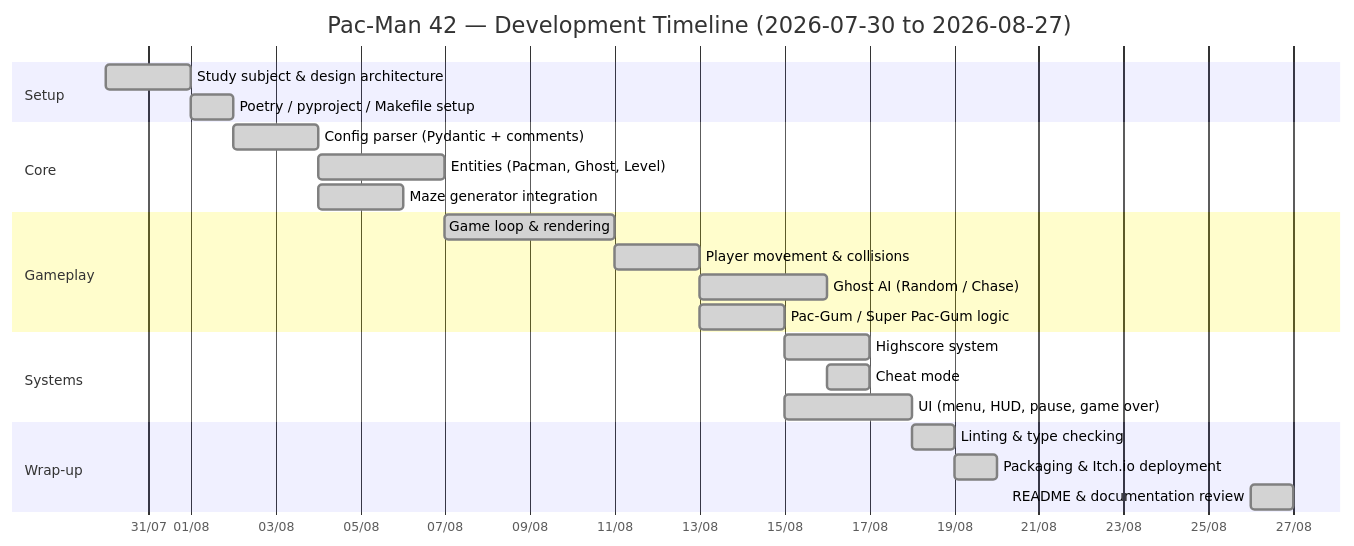
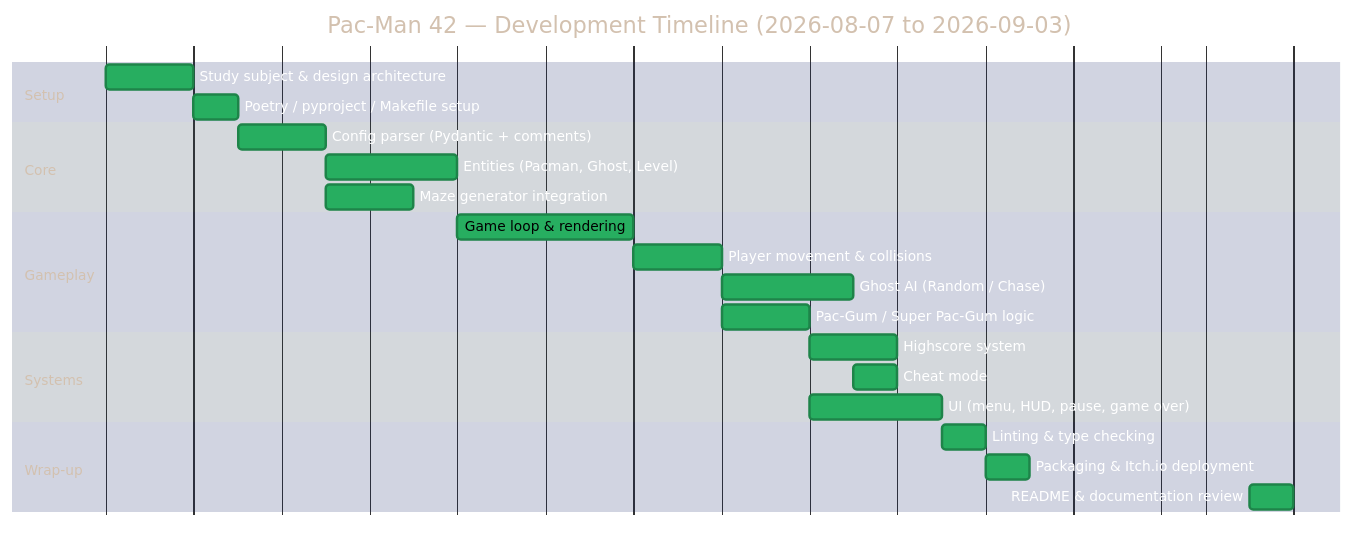
One commit to IbrahemAlawneh/pacman_out changed the diagram in project_management/Timeline.md. Above: the diagram before and after it, drawn with Mermaid. The commit also changed other lines of this file and 4 other files, not shown here.

````diff
--- a/project_management/Timeline.md
+++ b/project_management/Timeline.md
@@ -5,31 +5,49 @@
 ```mermaid
+%%{init: {'theme': 'base', 'themeVariables': {
+    'primaryColor': '#1a2a6c',
+    'primaryTextColor': '#fff',
+    'primaryBorderColor': '#f6c90e',
+    'lineColor': '#f6c90e',
+    'secondaryColor': '#b21f1f',
+    'tertiaryColor': '#2c3e50',
+    'sectionBkgColor': '#1a2a6c',
+    'altSectionBkgColor': '#2c3e50',
+    'gridColor': '#556677',
+    'doneTaskBkgColor': '#27ae60',
+    'doneTaskBorderColor': '#1e8449',
+    'activeTaskBkgColor': '#f6c90e',
+    'activeTaskBorderColor': '#b7950b',
+    'taskTextColor': '#ffffff',
+    'taskTextOutsideColor': '#ffffff',
+    'taskTextDarkColor': '#000000'
+}}}%%
 gantt
-    title Pac-Man 42 — Development Timeline (2026-07-30 to 2026-08-27)
+    title Pac-Man 42 — Development Timeline (2026-08-07 to 2026-09-03)
     dateFormat  YYYY-MM-DD
     axisFormat  %d/%m
 
     section Setup
-    Study subject & design architecture   :done,    setup1, 2026-07-30, 2d
+    Study subject & design architecture   :done,    setup1, 2026-08-07, 2d
     Poetry / pyproject / Makefile setup   :done,    setup2, after setup1, 1d
 
     section Core
     Config parser (Pydantic + comments)   :done,    core1, after setup2, 2d
     Entities (Pacman, Ghost, Level)       :done,    core2, after core1, 3d
     Maze generator integration            :done,    core3, after core1, 2d
 
     section Gameplay
     Game loop & rendering                 :done,    gp1, after core2, 4d
     Player movement & collisions          :done,    gp2, after gp1, 2d
     Ghost AI (Random / Chase)             :done,    gp3, after gp2, 3d
     Pac-Gum / Super Pac-Gum logic         :done,    gp4, after gp2, 2d
 
     section Systems
     Highscore system                      :done,    sys1, after gp4, 2d
     Cheat mode                            :done,    sys2, after gp3, 1d
     UI (menu, HUD, pause, game over)      :done,    sys3, after gp4, 3d
 
     section Wrap-up
     Linting & type checking               :done,    wrap1, after sys3, 1d
     Packaging & Itch.io deployment        :done,    wrap2, after wrap1, 1d
-    README & documentation review         :done,    wrap3, 2026-08-26, 1d
+    README & documentation review         :done,    wrap3, 2026-09-02, 1d
 ```
````
